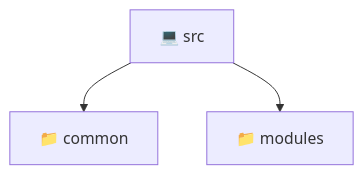
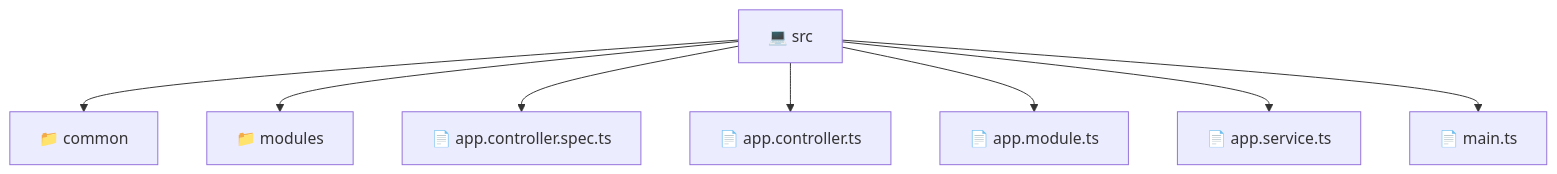
Before and after one commit to beginwebdev2002/fullstack-mavluda: the diagram in backend/src/README.md, drawn with Mermaid. The commit also changed other lines of this file and 165 other files, not shown here.

First line of the commit message:
docs: generate localized architectural READMEs

````diff
--- a/backend/src/README.md
+++ b/backend/src/README.md
@@ -9,6 +9,11 @@
 ```mermaid
 graph TD
-  Root["💻 src"]
-  Root --> common["📁 common"]
-  Root --> modules["📁 modules"]
+  src["💻 src"]
+  src --> common["📁 common"]
+  src --> modules["📁 modules"]
+  src --> app_controller_spec_ts["📄 app.controller.spec.ts"]
+  src --> app_controller_ts["📄 app.controller.ts"]
+  src --> app_module_ts["📄 app.module.ts"]
+  src --> app_service_ts["📄 app.service.ts"]
+  src --> main_ts["📄 main.ts"]
 ```
````
